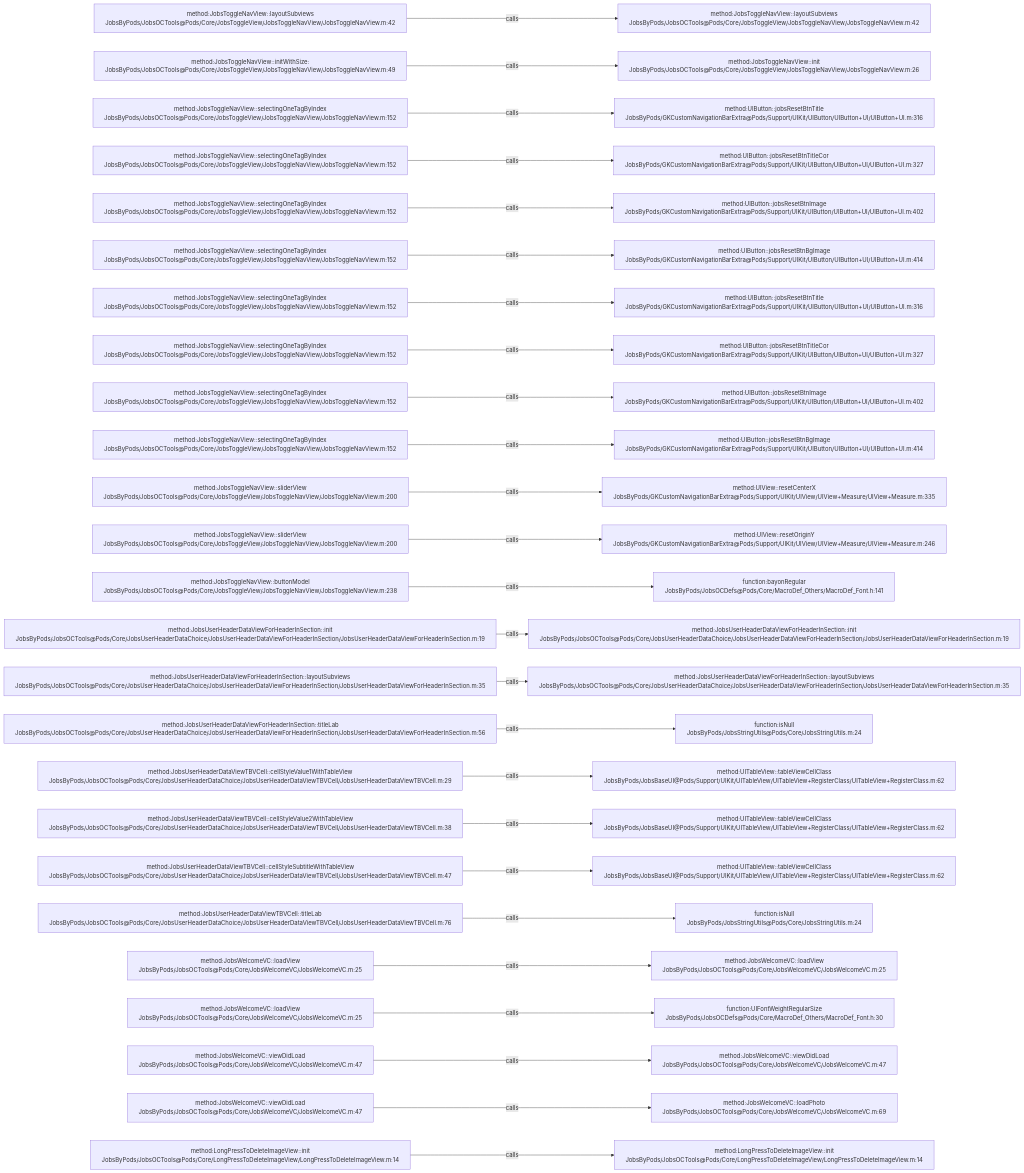
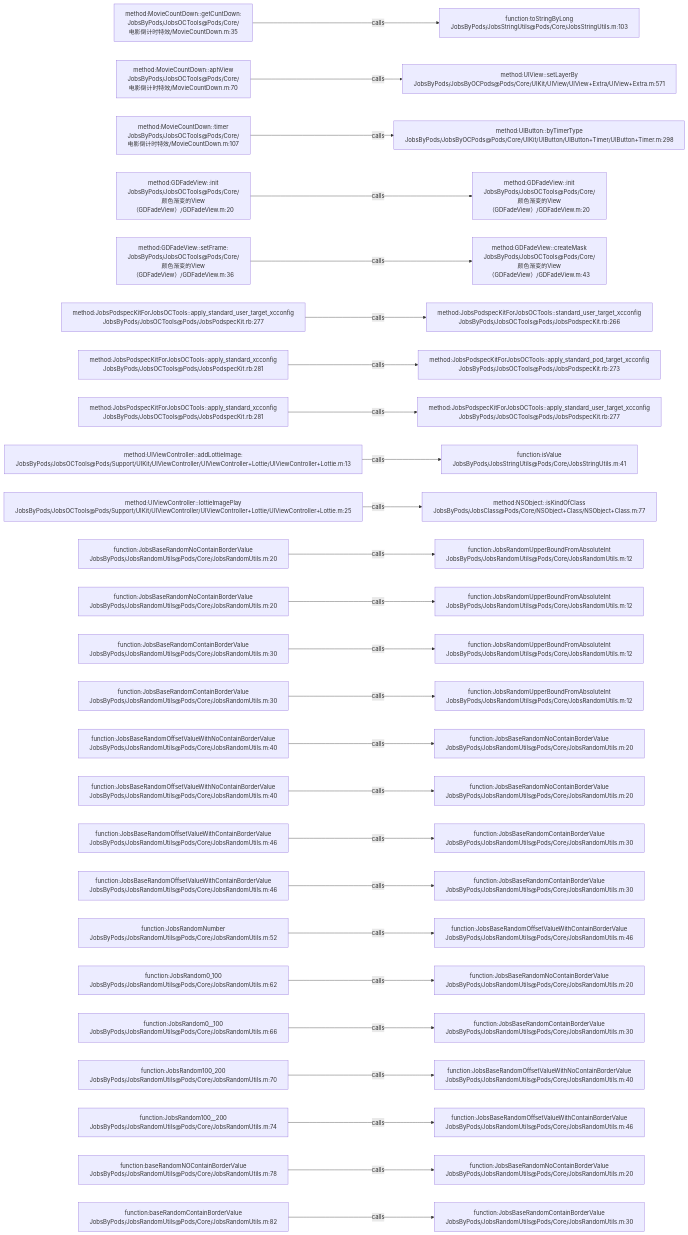
The diagram in .codegraph/codegraph.md/graphs/calls-157.md (JobsKits/JobsOCBaseConfigDemo), drawn with Mermaid before and after one commit. The commit also changed 639 other files, not shown here.

````diff
--- a/.codegraph/codegraph.md/graphs/calls-157.md
+++ b/.codegraph/codegraph.md/graphs/calls-157.md
@@ -13,78 +13,78 @@
 ```mermaid
 flowchart LR
-  S1["method:JobsToggleNavView::layoutSubviews<br/>JobsByPods/JobsOCTools@Pods/Core/JobsToggleView/JobsToggleNavView/JobsToggleNavView.m:42"]
-  T1["method:JobsToggleNavView::layoutSubviews<br/>JobsByPods/JobsOCTools@Pods/Core/JobsToggleView/JobsToggleNavView/JobsToggleNavView.m:42"]
+  S1["method:MovieCountDown::getCuntDown:<br/>JobsByPods/JobsOCTools@Pods/Core/电影倒计时特效/MovieCountDown.m:35"]
+  T1["function:toStringByLong<br/>JobsByPods/JobsStringUtils@Pods/Core/JobsStringUtils.m:103"]
   S1 -->|calls| T1
-  S2["method:JobsToggleNavView::initWithSize:<br/>JobsByPods/JobsOCTools@Pods/Core/JobsToggleView/JobsToggleNavView/JobsToggleNavView.m:49"]
-  T2["method:JobsToggleNavView::init<br/>JobsByPods/JobsOCTools@Pods/Core/JobsToggleView/JobsToggleNavView/JobsToggleNavView.m:26"]
+  S2["method:MovieCountDown::aphView<br/>JobsByPods/JobsOCTools@Pods/Core/电影倒计时特效/MovieCountDown.m:70"]
+  T2["method:UIView::setLayerBy<br/>JobsByPods/JobsByOCPods@Pods/Core/UIKit/UIView/UIView+Extra/UIView+Extra.m:571"]
   S2 -->|calls| T2
-  S3["method:JobsToggleNavView::selectingOneTagByIndex<br/>JobsByPods/JobsOCTools@Pods/Core/JobsToggleView/JobsToggleNavView/JobsToggleNavView.m:152"]
-  T3["method:UIButton::jobsResetBtnTitle<br/>JobsByPods/GKCustomNavigationBarExtra@Pods/Support/UIKit/UIButton/UIButton+UI/UIButton+UI.m:316"]
+  S3["method:MovieCountDown::timer<br/>JobsByPods/JobsOCTools@Pods/Core/电影倒计时特效/MovieCountDown.m:107"]
+  T3["method:UIButton::byTimerType<br/>JobsByPods/JobsByOCPods@Pods/Core/UIKit/UIButton/UIButton+Timer/UIButton+Timer.m:298"]
   S3 -->|calls| T3
-  S4["method:JobsToggleNavView::selectingOneTagByIndex<br/>JobsByPods/JobsOCTools@Pods/Core/JobsToggleView/JobsToggleNavView/JobsToggleNavView.m:152"]
-  T4["method:UIButton::jobsResetBtnTitleCor<br/>JobsByPods/GKCustomNavigationBarExtra@Pods/Support/UIKit/UIButton/UIButton+UI/UIButton+UI.m:327"]
+  S4["method:GDFadeView::init<br/>JobsByPods/JobsOCTools@Pods/Core/颜色渐变的View（GDFadeView）/GDFadeView.m:20"]
+  T4["method:GDFadeView::init<br/>JobsByPods/JobsOCTools@Pods/Core/颜色渐变的View（GDFadeView）/GDFadeView.m:20"]
   S4 -->|calls| T4
-  S5["method:JobsToggleNavView::selectingOneTagByIndex<br/>JobsByPods/JobsOCTools@Pods/Core/JobsToggleView/JobsToggleNavView/JobsToggleNavView.m:152"]
-  T5["method:UIButton::jobsResetBtnImage<br/>JobsByPods/GKCustomNavigationBarExtra@Pods/Support/UIKit/UIButton/UIButton+UI/UIButton+UI.m:402"]
+  S5["method:GDFadeView::setFrame:<br/>JobsByPods/JobsOCTools@Pods/Core/颜色渐变的View（GDFadeView）/GDFadeView.m:36"]
+  T5["method:GDFadeView::createMask<br/>JobsByPods/JobsOCTools@Pods/Core/颜色渐变的View（GDFadeView）/GDFadeView.m:43"]
   S5 -->|calls| T5
-  S6["method:JobsToggleNavView::selectingOneTagByIndex<br/>JobsByPods/JobsOCTools@Pods/Core/JobsToggleView/JobsToggleNavView/JobsToggleNavView.m:152"]
-  T6["method:UIButton::jobsResetBtnBgImage<br/>JobsByPods/GKCustomNavigationBarExtra@Pods/Support/UIKit/UIButton/UIButton+UI/UIButton+UI.m:414"]
+  S6["method:JobsPodspecKitForJobsOCTools::apply_standard_user_target_xcconfig<br/>JobsByPods/JobsOCTools@Pods/JobsPodspecKit.rb:277"]
+  T6["method:JobsPodspecKitForJobsOCTools::standard_user_target_xcconfig<br/>JobsByPods/JobsOCTools@Pods/JobsPodspecKit.rb:266"]
   S6 -->|calls| T6
-  S7["method:JobsToggleNavView::selectingOneTagByIndex<br/>JobsByPods/JobsOCTools@Pods/Core/JobsToggleView/JobsToggleNavView/JobsToggleNavView.m:152"]
-  T7["method:UIButton::jobsResetBtnTitle<br/>JobsByPods/GKCustomNavigationBarExtra@Pods/Support/UIKit/UIButton/UIButton+UI/UIButton+UI.m:316"]
+  S7["method:JobsPodspecKitForJobsOCTools::apply_standard_xcconfig<br/>JobsByPods/JobsOCTools@Pods/JobsPodspecKit.rb:281"]
+  T7["method:JobsPodspecKitForJobsOCTools::apply_standard_pod_target_xcconfig<br/>JobsByPods/JobsOCTools@Pods/JobsPodspecKit.rb:273"]
   S7 -->|calls| T7
-  S8["method:JobsToggleNavView::selectingOneTagByIndex<br/>JobsByPods/JobsOCTools@Pods/Core/JobsToggleView/JobsToggleNavView/JobsToggleNavView.m:152"]
-  T8["method:UIButton::jobsResetBtnTitleCor<br/>JobsByPods/GKCustomNavigationBarExtra@Pods/Support/UIKit/UIButton/UIButton+UI/UIButton+UI.m:327"]
+  S8["method:JobsPodspecKitForJobsOCTools::apply_standard_xcconfig<br/>JobsByPods/JobsOCTools@Pods/JobsPodspecKit.rb:281"]
+  T8["method:JobsPodspecKitForJobsOCTools::apply_standard_user_target_xcconfig<br/>JobsByPods/JobsOCTools@Pods/JobsPodspecKit.rb:277"]
   S8 -->|calls| T8
-  S9["method:JobsToggleNavView::selectingOneTagByIndex<br/>JobsByPods/JobsOCTools@Pods/Core/JobsToggleView/JobsToggleNavView/JobsToggleNavView.m:152"]
-  T9["method:UIButton::jobsResetBtnImage<br/>JobsByPods/GKCustomNavigationBarExtra@Pods/Support/UIKit/UIButton/UIButton+UI/UIButton+UI.m:402"]
+  S9["method:UIViewController::addLottieImage:<br/>JobsByPods/JobsOCTools@Pods/Support/UIKit/UIViewController/UIViewController+Lottie/UIViewController+Lottie.m:13"]
+  T9["function:isValue<br/>JobsByPods/JobsStringUtils@Pods/Core/JobsStringUtils.m:41"]
   S9 -->|calls| T9
-  S10["method:JobsToggleNavView::selectingOneTagByIndex<br/>JobsByPods/JobsOCTools@Pods/Core/JobsToggleView/JobsToggleNavView/JobsToggleNavView.m:152"]
-  T10["method:UIButton::jobsResetBtnBgImage<br/>JobsByPods/GKCustomNavigationBarExtra@Pods/Support/UIKit/UIButton/UIButton+UI/UIButton+UI.m:414"]
+  S10["method:UIViewController::lottieImagePlay<br/>JobsByPods/JobsOCTools@Pods/Support/UIKit/UIViewController/UIViewController+Lottie/UIViewController+Lottie.m:25"]
+  T10["method:NSObject::isKindOfClass<br/>JobsByPods/JobsClass@Pods/Core/NSObject+Class/NSObject+Class.m:77"]
   S10 -->|calls| T10
-  S11["method:JobsToggleNavView::sliderView<br/>JobsByPods/JobsOCTools@Pods/Core/JobsToggleView/JobsToggleNavView/JobsToggleNavView.m:200"]
-  T11["method:UIView::resetCenterX<br/>JobsByPods/GKCustomNavigationBarExtra@Pods/Support/UIKit/UIView/UIView+Measure/UIView+Measure.m:335"]
+  S11["function:JobsBaseRandomNoContainBorderValue<br/>JobsByPods/JobsRandomUtils@Pods/Core/JobsRandomUtils.m:20"]
+  T11["function:JobsRandomUpperBoundFromAbsoluteInt<br/>JobsByPods/JobsRandomUtils@Pods/Core/JobsRandomUtils.m:12"]
   S11 -->|calls| T11
-  S12["method:JobsToggleNavView::sliderView<br/>JobsByPods/JobsOCTools@Pods/Core/JobsToggleView/JobsToggleNavView/JobsToggleNavView.m:200"]
-  T12["method:UIView::resetOriginY<br/>JobsByPods/GKCustomNavigationBarExtra@Pods/Support/UIKit/UIView/UIView+Measure/UIView+Measure.m:246"]
+  S12["function:JobsBaseRandomNoContainBorderValue<br/>JobsByPods/JobsRandomUtils@Pods/Core/JobsRandomUtils.m:20"]
+  T12["function:JobsRandomUpperBoundFromAbsoluteInt<br/>JobsByPods/JobsRandomUtils@Pods/Core/JobsRandomUtils.m:12"]
   S12 -->|calls| T12
-  S13["method:JobsToggleNavView::buttonModel<br/>JobsByPods/JobsOCTools@Pods/Core/JobsToggleView/JobsToggleNavView/JobsToggleNavView.m:238"]
-  T13["function:bayonRegular<br/>JobsByPods/JobsOCDefs@Pods/Core/MacroDef_Others/MacroDef_Font.h:141"]
+  S13["function:JobsBaseRandomContainBorderValue<br/>JobsByPods/JobsRandomUtils@Pods/Core/JobsRandomUtils.m:30"]
+  T13["function:JobsRandomUpperBoundFromAbsoluteInt<br/>JobsByPods/JobsRandomUtils@Pods/Core/JobsRandomUtils.m:12"]
   S13 -->|calls| T13
-  S14["method:JobsUserHeaderDataViewForHeaderInSection::init<br/>JobsByPods/JobsOCTools@Pods/Core/JobsUserHeaderDataChoice/JobsUserHeaderDataViewForHeaderInSection/JobsUserHeaderDataViewForHeaderInSection.m:19"]
-  T14["method:JobsUserHeaderDataViewForHeaderInSection::init<br/>JobsByPods/JobsOCTools@Pods/Core/JobsUserHeaderDataChoice/JobsUserHeaderDataViewForHeaderInSection/JobsUserHeaderDataViewForHeaderInSection.m:19"]
+  S14["function:JobsBaseRandomContainBorderValue<br/>JobsByPods/JobsRandomUtils@Pods/Core/JobsRandomUtils.m:30"]
+  T14["function:JobsRandomUpperBoundFromAbsoluteInt<br/>JobsByPods/JobsRandomUtils@Pods/Core/JobsRandomUtils.m:12"]
   S14 -->|calls| T14
-  S15["method:JobsUserHeaderDataViewForHeaderInSection::layoutSubviews<br/>JobsByPods/JobsOCTools@Pods/Core/JobsUserHeaderDataChoice/JobsUserHeaderDataViewForHeaderInSection/JobsUserHeaderDataViewForHeaderInSection.m:35"]
-  T15["method:JobsUserHeaderDataViewForHeaderInSection::layoutSubviews<br/>JobsByPods/JobsOCTools@Pods/Core/JobsUserHeaderDataChoice/JobsUserHeaderDataViewForHeaderInSection/JobsUserHeaderDataViewForHeaderInSection.m:35"]
+  S15["function:JobsBaseRandomOffsetValueWithNoContainBorderValue<br/>JobsByPods/JobsRandomUtils@Pods/Core/JobsRandomUtils.m:40"]
+  T15["function:JobsBaseRandomNoContainBorderValue<br/>JobsByPods/JobsRandomUtils@Pods/Core/JobsRandomUtils.m:20"]
   S15 -->|calls| T15
-  S16["method:JobsUserHeaderDataViewForHeaderInSection::titleLab<br/>JobsByPods/JobsOCTools@Pods/Core/JobsUserHeaderDataChoice/JobsUserHeaderDataViewForHeaderInSection/JobsUserHeaderDataViewForHeaderInSection.m:56"]
-  T16["function:isNull<br/>JobsByPods/JobsStringUtils@Pods/Core/JobsStringUtils.m:24"]
+  S16["function:JobsBaseRandomOffsetValueWithNoContainBorderValue<br/>JobsByPods/JobsRandomUtils@Pods/Core/JobsRandomUtils.m:40"]
+  T16["function:JobsBaseRandomNoContainBorderValue<br/>JobsByPods/JobsRandomUtils@Pods/Core/JobsRandomUtils.m:20"]
   S16 -->|calls| T16
-  S17["method:JobsUserHeaderDataViewTBVCell::cellStyleValue1WithTableView<br/>JobsByPods/JobsOCTools@Pods/Core/JobsUserHeaderDataChoice/JobsUserHeaderDataViewTBVCell/JobsUserHeaderDataViewTBVCell.m:29"]
-  T17["method:UITableView::tableViewCellClass<br/>JobsByPods/JobsBaseUI@Pods/Support/UIKit/UITableView/UITableView+RegisterClass/UITableView+RegisterClass.m:62"]
+  S17["function:JobsBaseRandomOffsetValueWithContainBorderValue<br/>JobsByPods/JobsRandomUtils@Pods/Core/JobsRandomUtils.m:46"]
+  T17["function:JobsBaseRandomContainBorderValue<br/>JobsByPods/JobsRandomUtils@Pods/Core/JobsRandomUtils.m:30"]
   S17 -->|calls| T17
-  S18["method:JobsUserHeaderDataViewTBVCell::cellStyleValue2WithTableView<br/>JobsByPods/JobsOCTools@Pods/Core/JobsUserHeaderDataChoice/JobsUserHeaderDataViewTBVCell/JobsUserHeaderDataViewTBVCell.m:38"]
-  T18["method:UITableView::tableViewCellClass<br/>JobsByPods/JobsBaseUI@Pods/Support/UIKit/UITableView/UITableView+RegisterClass/UITableView+RegisterClass.m:62"]
+  S18["function:JobsBaseRandomOffsetValueWithContainBorderValue<br/>JobsByPods/JobsRandomUtils@Pods/Core/JobsRandomUtils.m:46"]
+  T18["function:JobsBaseRandomContainBorderValue<br/>JobsByPods/JobsRandomUtils@Pods/Core/JobsRandomUtils.m:30"]
   S18 -->|calls| T18
-  S19["method:JobsUserHeaderDataViewTBVCell::cellStyleSubtitleWithTableView<br/>JobsByPods/JobsOCTools@Pods/Core/JobsUserHeaderDataChoice/JobsUserHeaderDataViewTBVCell/JobsUserHeaderDataViewTBVCell.m:47"]
-  T19["method:UITableView::tableViewCellClass<br/>JobsByPods/JobsBaseUI@Pods/Support/UIKit/UITableView/UITableView+RegisterClass/UITableView+RegisterClass.m:62"]
+  S19["function:JobsRandomNumber<br/>JobsByPods/JobsRandomUtils@Pods/Core/JobsRandomUtils.m:52"]
+  T19["function:JobsBaseRandomOffsetValueWithContainBorderValue<br/>JobsByPods/JobsRandomUtils@Pods/Core/JobsRandomUtils.m:46"]
   S19 -->|calls| T19
-  S20["method:JobsUserHeaderDataViewTBVCell::titleLab<br/>JobsByPods/JobsOCTools@Pods/Core/JobsUserHeaderDataChoice/JobsUserHeaderDataViewTBVCell/JobsUserHeaderDataViewTBVCell.m:76"]
-  T20["function:isNull<br/>JobsByPods/JobsStringUtils@Pods/Core/JobsStringUtils.m:24"]
+  S20["function:JobsRandom0_100<br/>JobsByPods/JobsRandomUtils@Pods/Core/JobsRandomUtils.m:62"]
+  T20["function:JobsBaseRandomNoContainBorderValue<br/>JobsByPods/JobsRandomUtils@Pods/Core/JobsRandomUtils.m:20"]
   S20 -->|calls| T20
-  S21["method:JobsWelcomeVC::loadView<br/>JobsByPods/JobsOCTools@Pods/Core/JobsWelcomeVC/JobsWelcomeVC.m:25"]
-  T21["method:JobsWelcomeVC::loadView<br/>JobsByPods/JobsOCTools@Pods/Core/JobsWelcomeVC/JobsWelcomeVC.m:25"]
+  S21["function:JobsRandom0__100<br/>JobsByPods/JobsRandomUtils@Pods/Core/JobsRandomUtils.m:66"]
+  T21["function:JobsBaseRandomContainBorderValue<br/>JobsByPods/JobsRandomUtils@Pods/Core/JobsRandomUtils.m:30"]
   S21 -->|calls| T21
-  S22["method:JobsWelcomeVC::loadView<br/>JobsByPods/JobsOCTools@Pods/Core/JobsWelcomeVC/JobsWelcomeVC.m:25"]
-  T22["function:UIFontWeightRegularSize<br/>JobsByPods/JobsOCDefs@Pods/Core/MacroDef_Others/MacroDef_Font.h:30"]
+  S22["function:JobsRandom100_200<br/>JobsByPods/JobsRandomUtils@Pods/Core/JobsRandomUtils.m:70"]
+  T22["function:JobsBaseRandomOffsetValueWithNoContainBorderValue<br/>JobsByPods/JobsRandomUtils@Pods/Core/JobsRandomUtils.m:40"]
   S22 -->|calls| T22
-  S23["method:JobsWelcomeVC::viewDidLoad<br/>JobsByPods/JobsOCTools@Pods/Core/JobsWelcomeVC/JobsWelcomeVC.m:47"]
-  T23["method:JobsWelcomeVC::viewDidLoad<br/>JobsByPods/JobsOCTools@Pods/Core/JobsWelcomeVC/JobsWelcomeVC.m:47"]
+  S23["function:JobsRandom100__200<br/>JobsByPods/JobsRandomUtils@Pods/Core/JobsRandomUtils.m:74"]
+  T23["function:JobsBaseRandomOffsetValueWithContainBorderValue<br/>JobsByPods/JobsRandomUtils@Pods/Core/JobsRandomUtils.m:46"]
   S23 -->|calls| T23
-  S24["method:JobsWelcomeVC::viewDidLoad<br/>JobsByPods/JobsOCTools@Pods/Core/JobsWelcomeVC/JobsWelcomeVC.m:47"]
-  T24["method:JobsWelcomeVC::loadPhoto<br/>JobsByPods/JobsOCTools@Pods/Core/JobsWelcomeVC/JobsWelcomeVC.m:69"]
+  S24["function:baseRandomNOContainBorderValue<br/>JobsByPods/JobsRandomUtils@Pods/Core/JobsRandomUtils.m:78"]
+  T24["function:JobsBaseRandomNoContainBorderValue<br/>JobsByPods/JobsRandomUtils@Pods/Core/JobsRandomUtils.m:20"]
   S24 -->|calls| T24
-  S25["method:LongPressToDeleteImageView::init<br/>JobsByPods/JobsOCTools@Pods/Core/LongPressToDeleteImageView/LongPressToDeleteImageView.m:14"]
-  T25["method:LongPressToDeleteImageView::init<br/>JobsByPods/JobsOCTools@Pods/Core/LongPressToDeleteImageView/LongPressToDeleteImageView.m:14"]
+  S25["function:baseRandomContainBorderValue<br/>JobsByPods/JobsRandomUtils@Pods/Core/JobsRandomUtils.m:82"]
+  T25["function:JobsBaseRandomContainBorderValue<br/>JobsByPods/JobsRandomUtils@Pods/Core/JobsRandomUtils.m:30"]
   S25 -->|calls| T25
 ```
````
